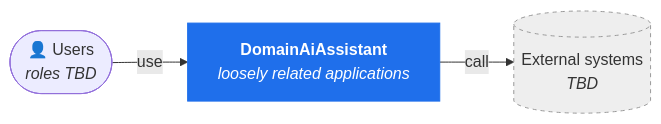
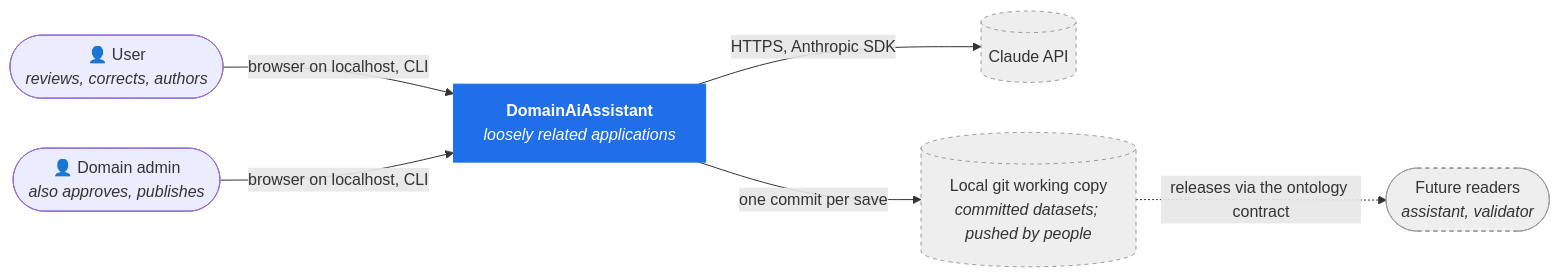
The first of 4 diagrams in docs/architecture/architecture.md (belaboros/DomainAiAssistant), drawn with Mermaid before and after one commit. The commit also changed other lines of this file and 10 other files, not shown here.

First line of the commit message:
T31 (spec 0002): system and app architecture docs, metrics, indexes

````diff
--- a/docs/architecture/architecture.md
+++ b/docs/architecture/architecture.md
@@ -17,14 +17,20 @@
 ```mermaid
 flowchart LR
-    user(["👤 Users<br/><i>roles TBD</i>"])
+    user(["👤 User<br/><i>reviews, corrects, authors</i>"])
+    admin(["👤 Domain admin<br/><i>also approves, publishes</i>"])
     sys["<b>DomainAiAssistant</b><br/><i>loosely related applications</i>"]
-    ext[("External systems<br/><i>TBD</i>")]
+    claude[("Claude API")]
+    git[("Local git working copy<br/><i>committed datasets; pushed by people</i>")]
+    readers(["Future readers<br/><i>assistant, validator</i>"])
 
-    user -- "use" --> sys
-    sys -- "call" --> ext
+    user -- "browser on localhost, CLI" --> sys
+    admin -- "browser on localhost, CLI" --> sys
+    sys -- "HTTPS, Anthropic SDK" --> claude
+    sys -- "one commit per save" --> git
+    git -. "releases via the ontology contract" .-> readers
 
     classDef system fill:#1f6feb,color:#fff,stroke:#1f6feb
     classDef external fill:#eee,color:#333,stroke:#999,stroke-dasharray:4
     class sys system
-    class ext external
+    class claude,git,readers external
 ```
````
